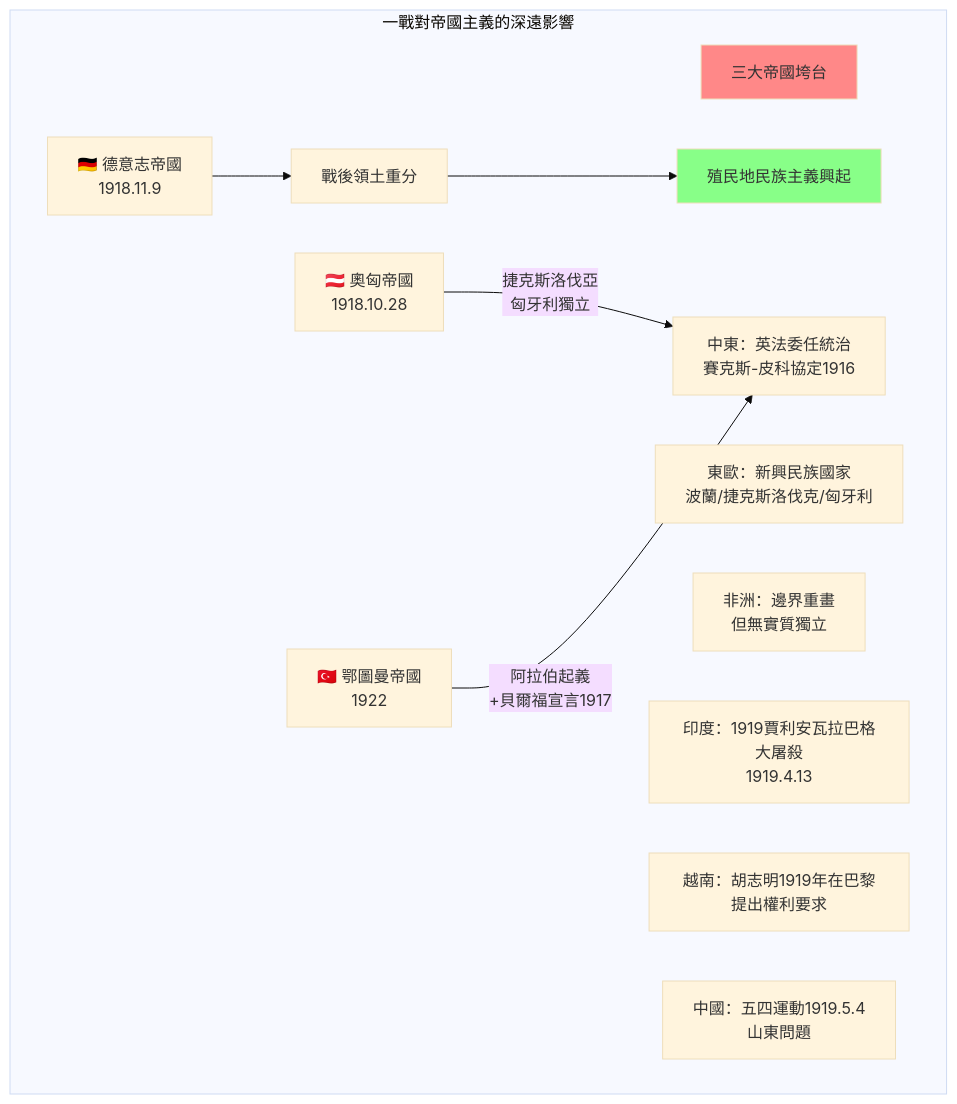
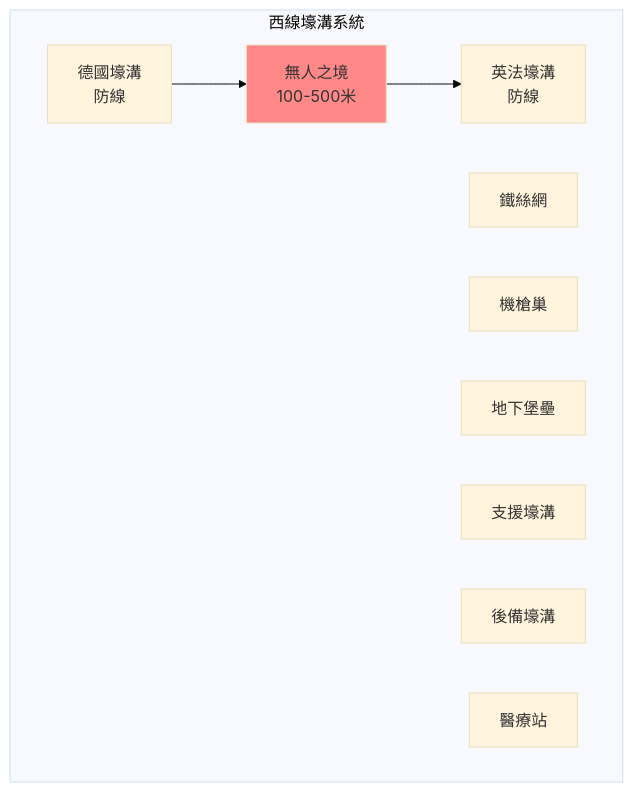
Before and after one commit to yip-lgtm/HKU-Harvard-History-Self-Study: the second of 5 diagrams in 02_Harvard_Courses/101_Foundations/Hist14.md, drawn with Mermaid (base theme). The commit also changed other lines of this file and 65 other files, not shown here.

````diff
--- a/02_Harvard_Courses/101_Foundations/Hist14.md
+++ b/02_Harvard_Courses/101_Foundations/Hist14.md
@@ -149,27 +115,19 @@
 ```mermaid
 graph TD
-    subgraph "一戰對帝國主義的深遠影響"
-        A["三大帝國垮台"]
-        A1["🇩🇪 德意志帝國\n1918.11.9"]
-        A2["🇦🇹 奧匈帝國\n1918.10.28"]
-        A3["🇹🇷 鄂圖曼帝國\n1922"]
+    subgraph "西線壕溝系統"
+        A["德國壕溝\n防線"]
+        A1["鐵絲網"]
+        A2["機槍巢"]
+        A3["地下堡壘"]
         
-        B["戰後領土重分"]
-        B1["中東：英法委任統治\n賽克斯-皮科協定1916"]
-        B2["東歐：新興民族國家\n波蘭/捷克斯洛伐克/匈牙利"]
-        B3["非洲：邊界重畫\n但無實質獨立"]
+        B["無人之境\n100-500米"]
         
-        C["殖民地民族主義興起"]
-        C1["印度：1919賈利安瓦拉巴格大屠殺\n1919.4.13"]
-        C2["越南：胡志明1919年在巴黎提出權利要求"]
-        C3["中國：五四運動1919.5.4\n山東問題"]
+        C["英法壕溝\n防線"]
+        C1["支援壕溝"]
+        C2["後備壕溝"]
+        C3["醫療站"]
     end
     
-    A1 --> B --> C
-    
-    A2 -->|"捷克斯洛伐亞\n匈牙利獨立"| B1
-    A3 -->|"阿拉伯起義\n+貝爾福宣言1917"| B1
-    
-    style A fill:#f88
-    style C fill:#8f8
+    A --> B --> C
+    style B fill:#f88
 ```
````
